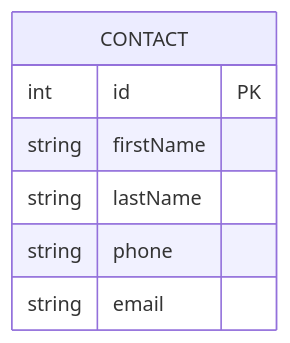
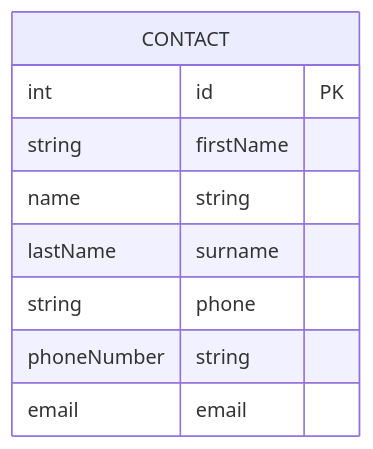
The diagram in README.md (lugrenl/ContactManager), drawn with Mermaid before and after one commit.

````diff
--- a/README.md
+++ b/README.md
@@ -382,10 +382,10 @@
 ```mermaid
 erDiagram
     CONTACT {
         int id PK
-        string firstName
-        string lastName
-        string phone
-        string email
+        string firstName name
+        string lastName surname
+        string phone phoneNumber
+        string email email
     }
 ```
````
